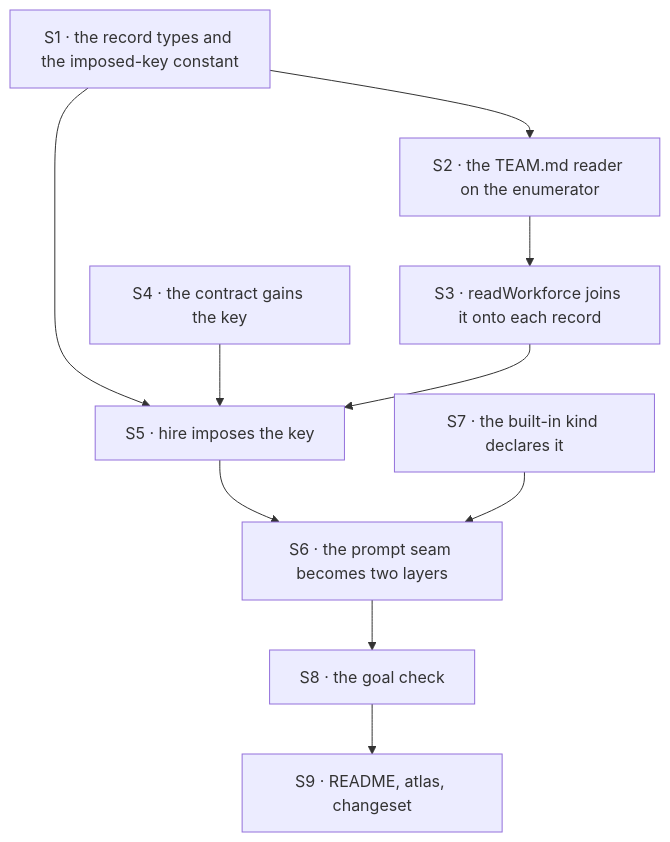
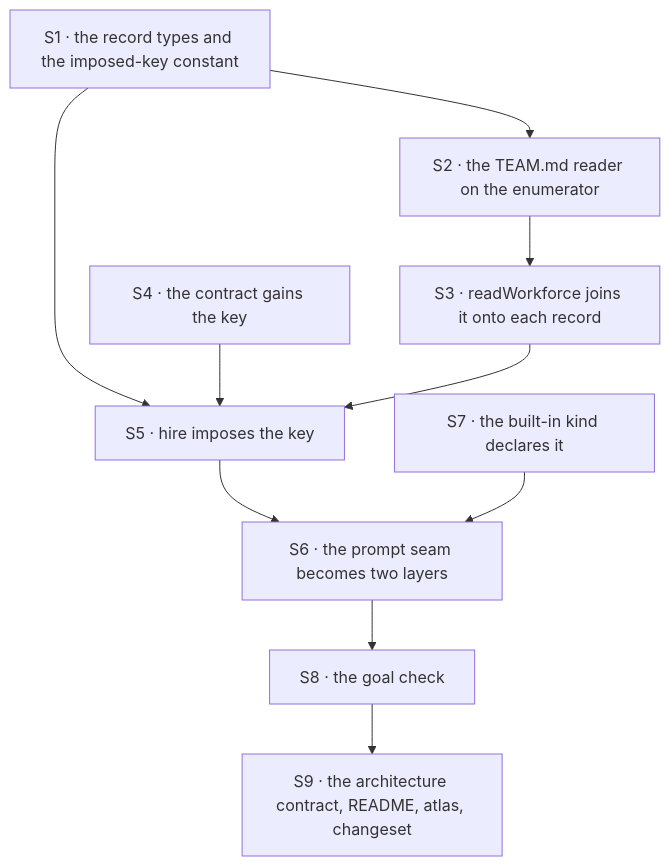
Before and after one commit to fixpoint-labs/flow-state-dev: the diagram in spec/FIX-1377/PLAN.md, drawn with Mermaid. The commit also changed other lines of this file and 4 other files, not shown here.

````diff
--- a/spec/FIX-1377/PLAN.md
+++ b/spec/FIX-1377/PLAN.md
@@ -37,12 +51,12 @@
 ```mermaid
 flowchart TD
   S1["S1 · the record types and the imposed-key constant"] --> S2["S2 · the TEAM.md reader on the enumerator"]
   S1 --> S5["S5 · hire imposes the key"]
   S2 --> S3["S3 · readWorkforce joins it onto each record"]
   S4["S4 · the contract gains the key"] --> S5
   S3 --> S5
   S5 --> S6["S6 · the prompt seam becomes two layers"]
   S7["S7 · the built-in kind declares it"] --> S6
   S6 --> S8["S8 · the goal check"]
-  S8 --> S9["S9 · README, atlas, changeset"]
+  S8 --> S9["S9 · the architecture contract, README, atlas, changeset"]
 ```
````
